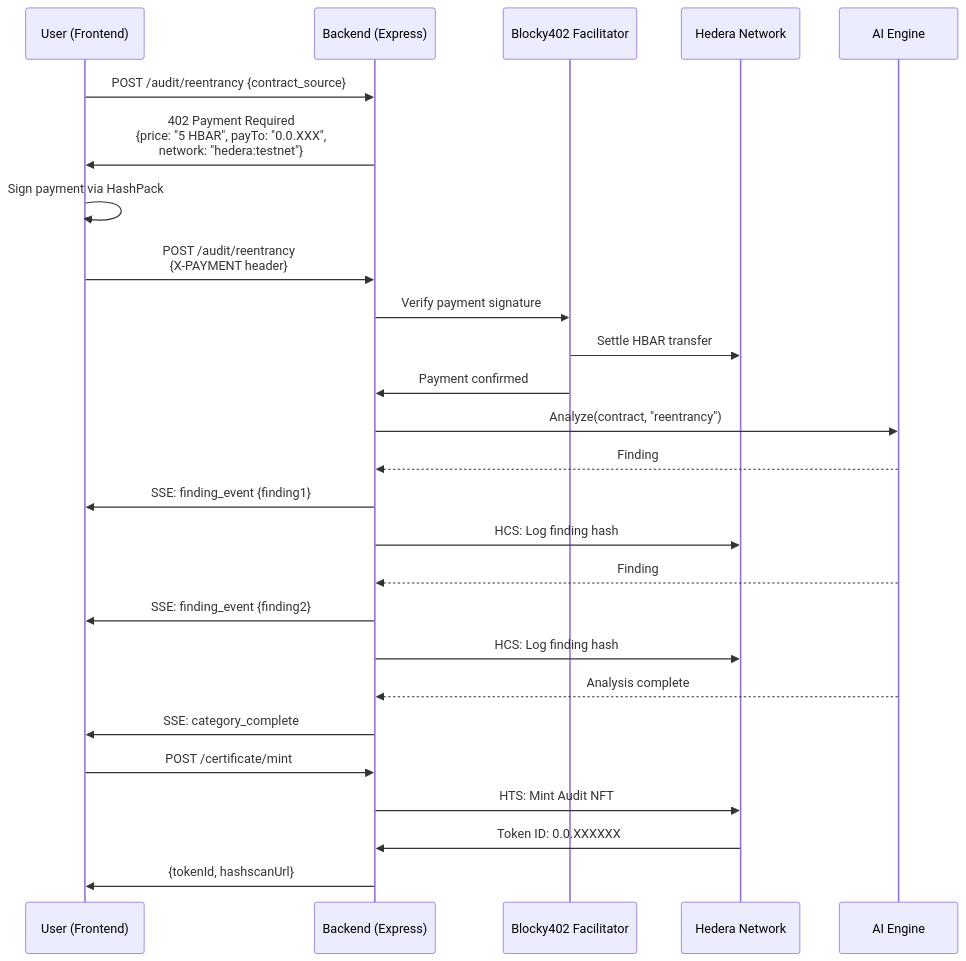
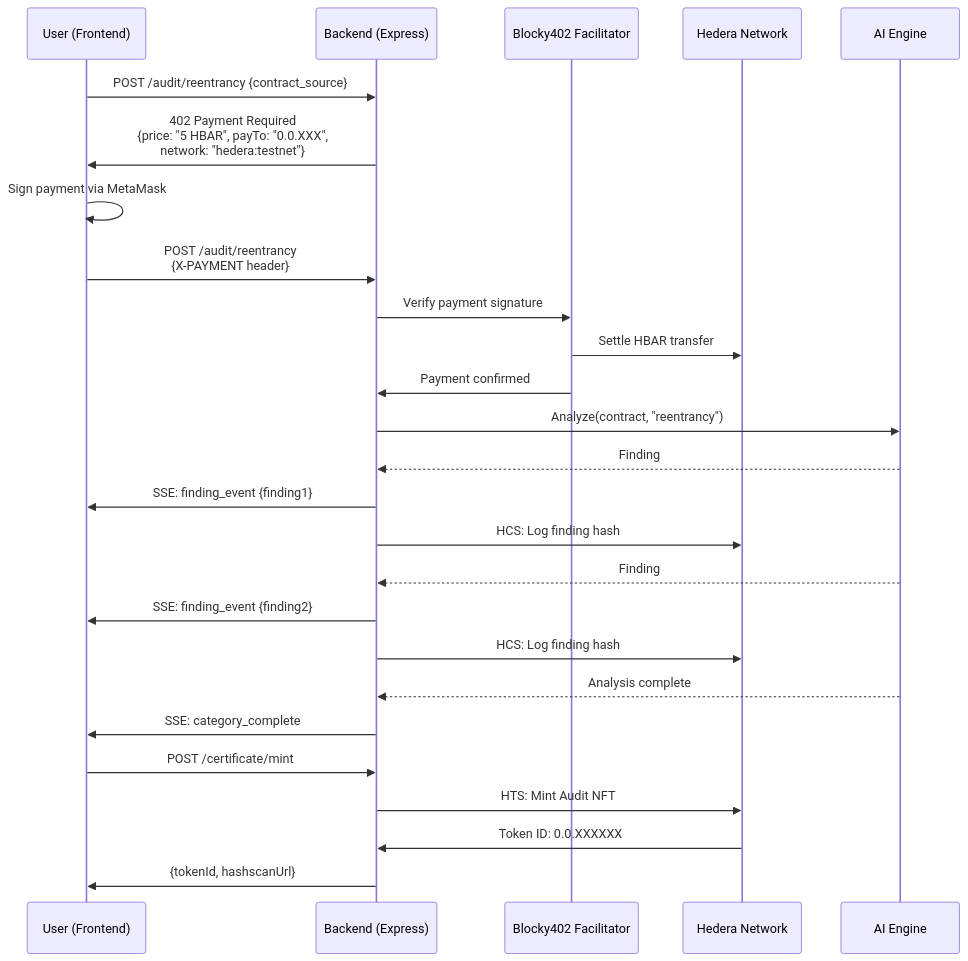
Before and after one commit to U-GOD/AegisHBAR: the second of 2 diagrams in README.md, drawn with Mermaid. The commit also changed other lines of this file and 1 other file, not shown here.

````diff
--- a/README.md
+++ b/README.md
@@ -162,29 +162,29 @@
 ```mermaid
 sequenceDiagram
     participant U as User (Frontend)
     participant B as Backend (Express)
     participant X as Blocky402 Facilitator
     participant H as Hedera Network
     participant AI as AI Engine
 
     U->>B: POST /audit/reentrancy {contract_source}
     B->>U: 402 Payment Required<br/>{price: "5 HBAR", payTo: "0.0.XXX",<br/>network: "hedera:testnet"}
-    U->>U: Sign payment via HashPack
+    U->>U: Sign payment via MetaMask
     U->>B: POST /audit/reentrancy<br/>{X-PAYMENT header}
     B->>X: Verify payment signature
     X->>H: Settle HBAR transfer
     X->>B: Payment confirmed
     B->>AI: Analyze(contract, "reentrancy")
     AI-->>B: Finding #1 (Critical)
     B->>U: SSE: finding_event {finding1}
     B->>H: HCS: Log finding hash
     AI-->>B: Finding #2 (Medium)
     B->>U: SSE: finding_event {finding2}
     B->>H: HCS: Log finding hash
     AI-->>B: Analysis complete
     B->>U: SSE: category_complete
     U->>B: POST /certificate/mint
     B->>H: HTS: Mint Audit NFT
     H->>B: Token ID: 0.0.XXXXXX
     B->>U: {tokenId, hashscanUrl}
 ```
````
